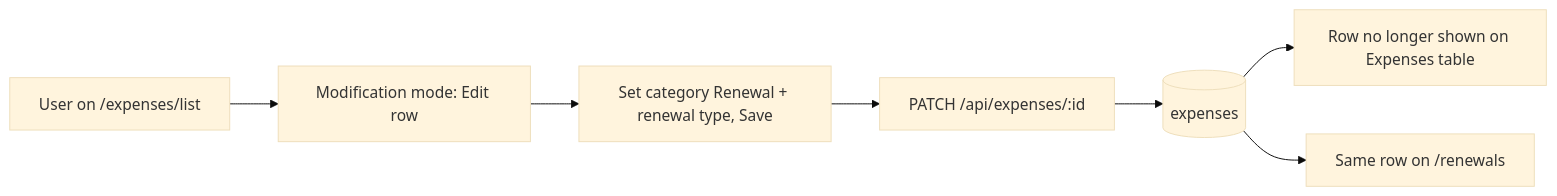
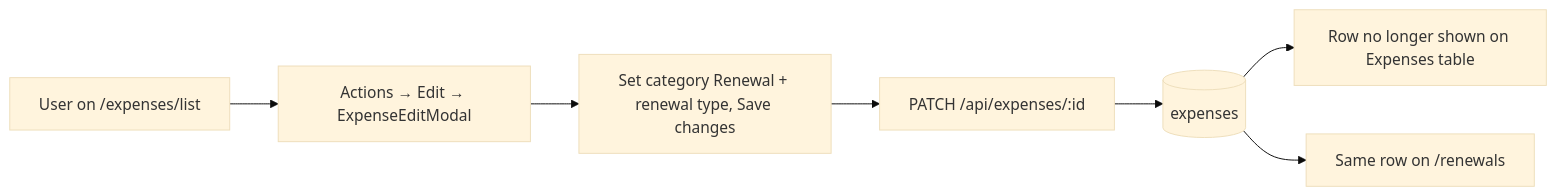
One commit to becomeonewiththecode/expense_tracker changed the third of 3 diagrams in docs/RENEWALS.md. Above: the diagram before and after it, drawn with Mermaid (base theme). The commit also changed other lines of this file and 23 other files, not shown here.

First line of the commit message:
feat: payment plan paid-in-full, modal list editing, docs

````diff
--- a/docs/RENEWALS.md
+++ b/docs/RENEWALS.md
@@ -48,9 +48,9 @@
 ```mermaid
 flowchart LR
-  U["User on /expenses/list"] --> M[Modification mode: Edit row]
-  M --> S["Set category Renewal + renewal type, Save"]
+  U["User on /expenses/list"] --> E["Actions → Edit → ExpenseEditModal"]
+  E --> S["Set category Renewal + renewal type, Save changes"]
   S --> P["PATCH /api/expenses/:id"]
   P --> DB[(expenses)]
   DB --> X["Row no longer shown on Expenses table"]
   DB --> Y["Same row on /renewals"]
 ```
````
